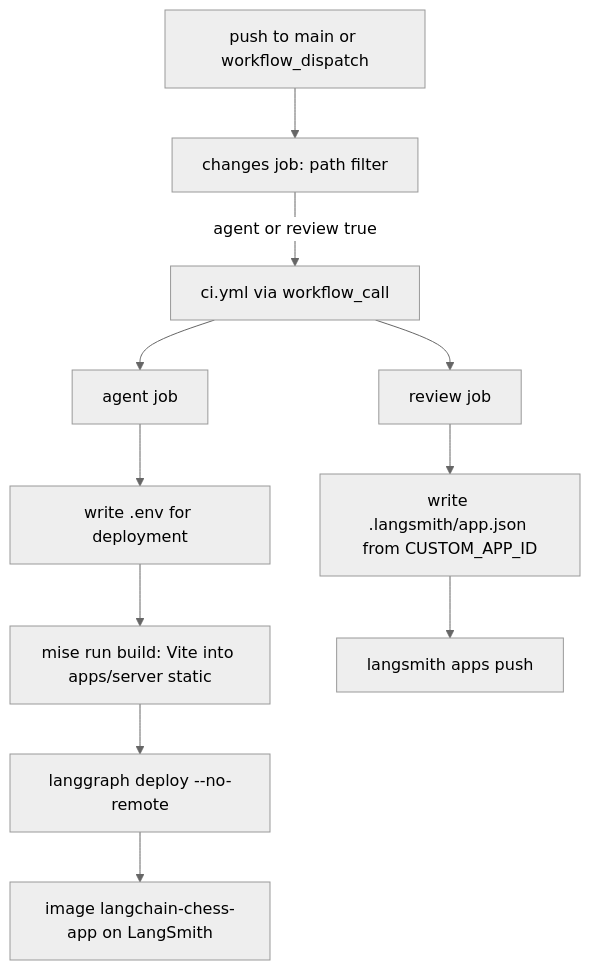
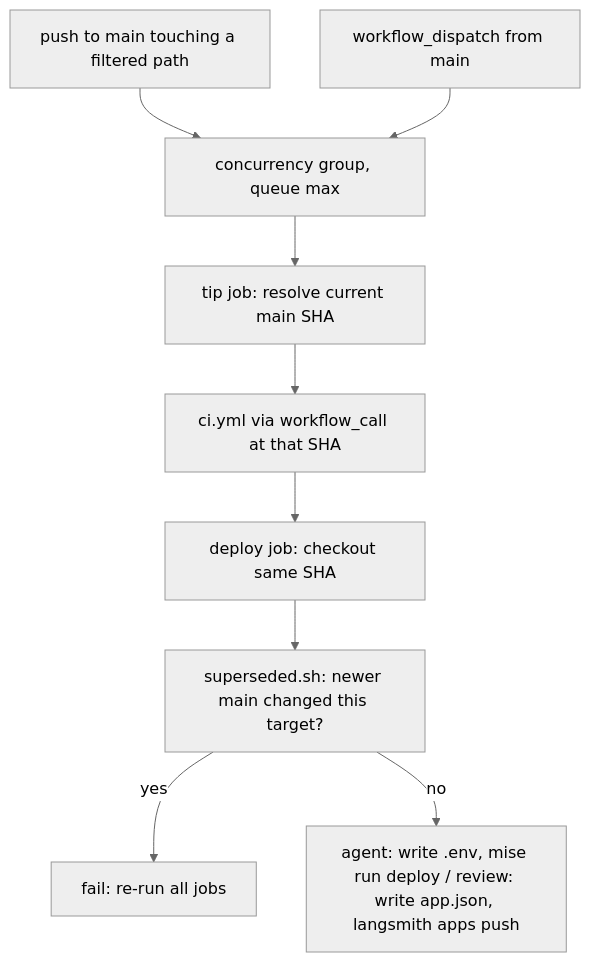
Before and after one commit to darieldatoon/langchain-chess: the diagram in openwiki/operations/deployment.md, drawn with Mermaid (neutral theme). The commit also changed other lines of this file and 39 other files, not shown here.

````diff
--- a/openwiki/operations/deployment.md
+++ b/openwiki/operations/deployment.md
@@ -102,13 +110,11 @@
 ```mermaid
 flowchart TD
-  Push["push to main or workflow_dispatch"] --> Changes["changes job: path filter"]
-  Changes -->|"agent or review true"| CI["ci.yml via workflow_call"]
-  CI --> AgentJob["agent job"]
-  CI --> ReviewJob["review job"]
-  AgentJob --> Env["write .env for deployment"]
-  Env --> Build["mise run build: Vite into apps/server static"]
-  Build --> Deploy["langgraph deploy --no-remote"]
-  Deploy --> Image["image langchain-chess-app on LangSmith"]
-  ReviewJob --> AppJson["write .langsmith/app.json from CUSTOM_APP_ID"]
-  AppJson --> Pushapp["langsmith apps push"]
+  Push["push to main touching a filtered path"] --> Lock["concurrency group, queue max"]
+  Dispatch["workflow_dispatch from main"] --> Lock
+  Lock --> Tip["tip job: resolve current main SHA"]
+  Tip --> CI["ci.yml via workflow_call at that SHA"]
+  CI --> Deploy["deploy job: checkout same SHA"]
+  Deploy --> Check["superseded.sh: newer main changed this target?"]
+  Check -->|"yes"| Fail["fail: re-run all jobs"]
+  Check -->|"no"| Ship["agent: write .env, mise run deploy / review: write app.json, langsmith apps push"]
 ```
````
